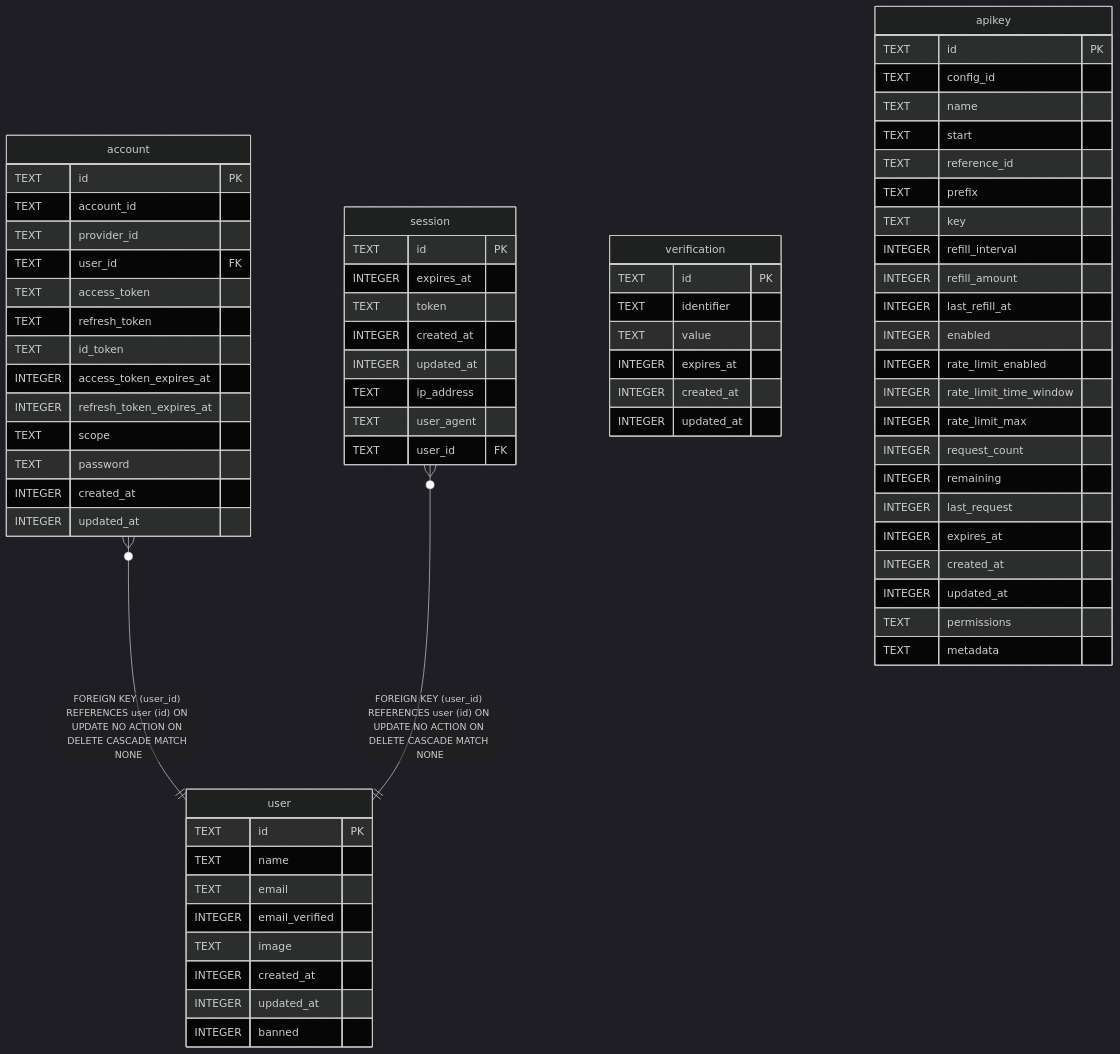
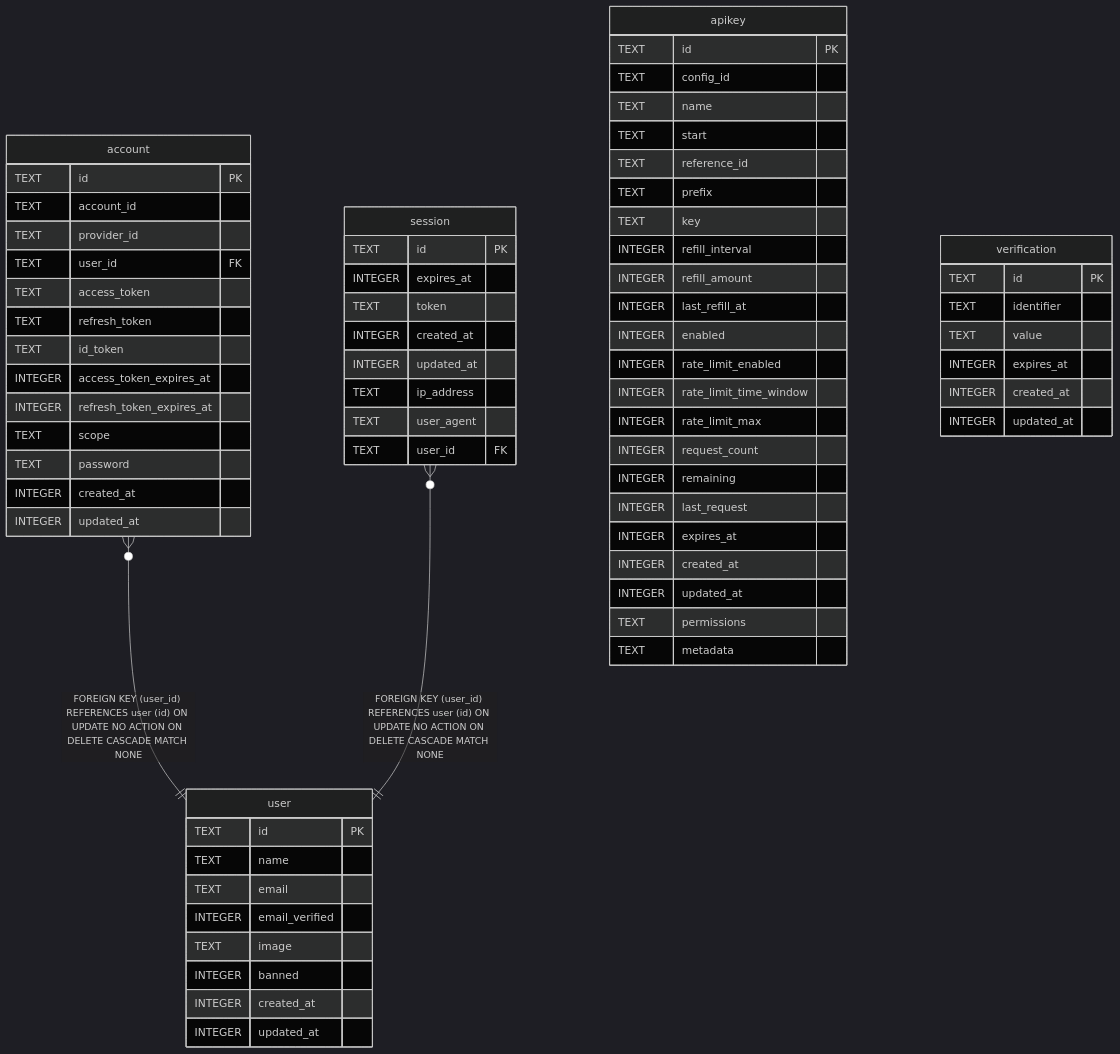
The diagram in content/docs/en/developers/plugins/auth/reference/schema.mmd (ktbhealth/docs), drawn with Mermaid (dark theme) before and after one commit. The commit also changed other lines of this file and 87 other files, not shown here.

Commit message:
docs: ERD refresh after db schema facade (#104)

```diff
--- a/content/docs/en/developers/plugins/auth/reference/schema.mmd
+++ b/content/docs/en/developers/plugins/auth/reference/schema.mmd
@@ -1,72 +1,72 @@
 erDiagram
 
 "account" }o--|| "user" : "FOREIGN KEY (user_id) REFERENCES user (id) ON UPDATE NO ACTION ON DELETE CASCADE MATCH NONE"
 "session" }o--|| "user" : "FOREIGN KEY (user_id) REFERENCES user (id) ON UPDATE NO ACTION ON DELETE CASCADE MATCH NONE"
 
 "account" {
   TEXT id PK
   TEXT account_id
   TEXT provider_id
   TEXT user_id FK
   TEXT access_token
   TEXT refresh_token
   TEXT id_token
   INTEGER access_token_expires_at
   INTEGER refresh_token_expires_at
   TEXT scope
   TEXT password
-  INTEGER created_at
-  INTEGER updated_at
-}
-"session" {
-  TEXT id PK
-  INTEGER expires_at
-  TEXT token
-  INTEGER created_at
-  INTEGER updated_at
-  TEXT ip_address
-  TEXT user_agent
-  TEXT user_id FK
-}
-"user" {
-  TEXT id PK
-  TEXT name
-  TEXT email
-  INTEGER email_verified
-  TEXT image
-  INTEGER created_at
-  INTEGER updated_at
-  INTEGER banned
-}
-"verification" {
-  TEXT id PK
-  TEXT identifier
-  TEXT value
-  INTEGER expires_at
   INTEGER created_at
   INTEGER updated_at
 }
 "apikey" {
   TEXT id PK
   TEXT config_id
   TEXT name
   TEXT start
   TEXT reference_id
   TEXT prefix
   TEXT key
   INTEGER refill_interval
   INTEGER refill_amount
   INTEGER last_refill_at
   INTEGER enabled
   INTEGER rate_limit_enabled
   INTEGER rate_limit_time_window
   INTEGER rate_limit_max
   INTEGER request_count
   INTEGER remaining
   INTEGER last_request
   INTEGER expires_at
   INTEGER created_at
   INTEGER updated_at
   TEXT permissions
   TEXT metadata
 }
+"session" {
+  TEXT id PK
+  INTEGER expires_at
+  TEXT token
+  INTEGER created_at
+  INTEGER updated_at
+  TEXT ip_address
+  TEXT user_agent
+  TEXT user_id FK
+}
+"user" {
+  TEXT id PK
+  TEXT name
+  TEXT email
+  INTEGER email_verified
+  TEXT image
+  INTEGER banned
+  INTEGER created_at
+  INTEGER updated_at
+}
+"verification" {
+  TEXT id PK
+  TEXT identifier
+  TEXT value
+  INTEGER expires_at
+  INTEGER created_at
+  INTEGER updated_at
+}
```
